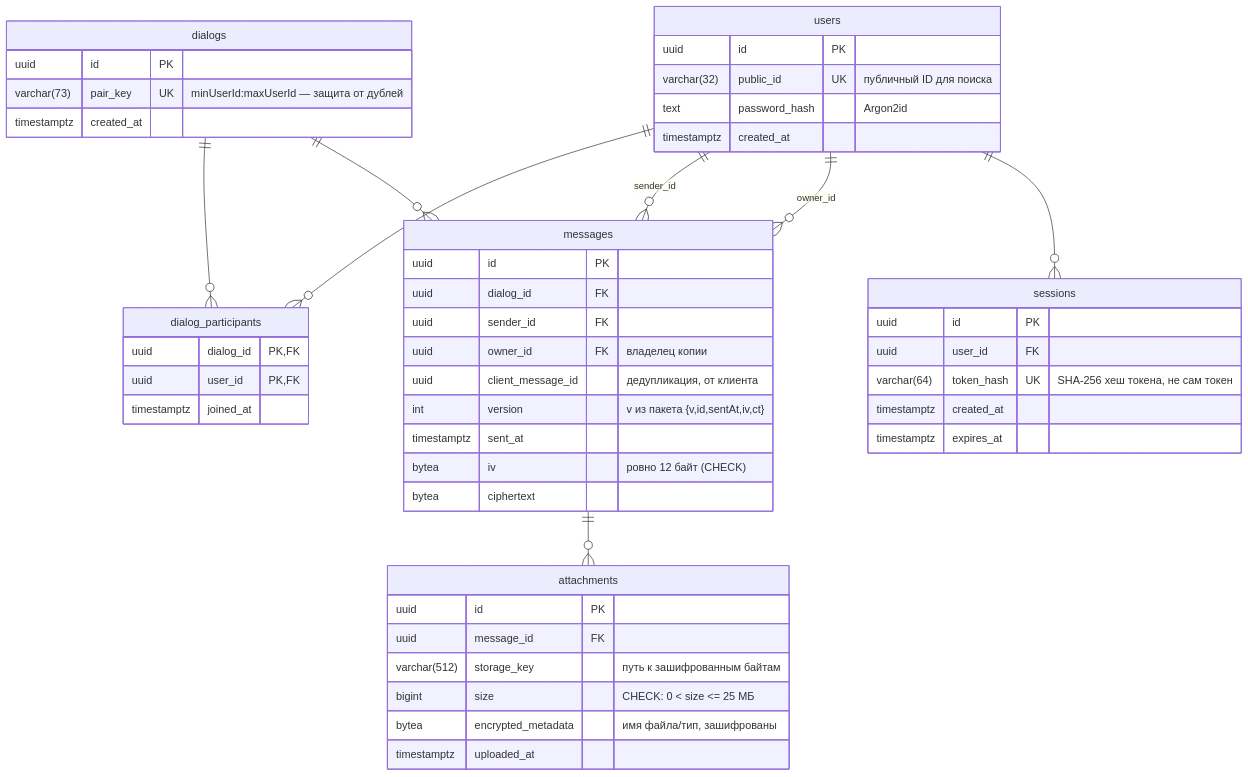
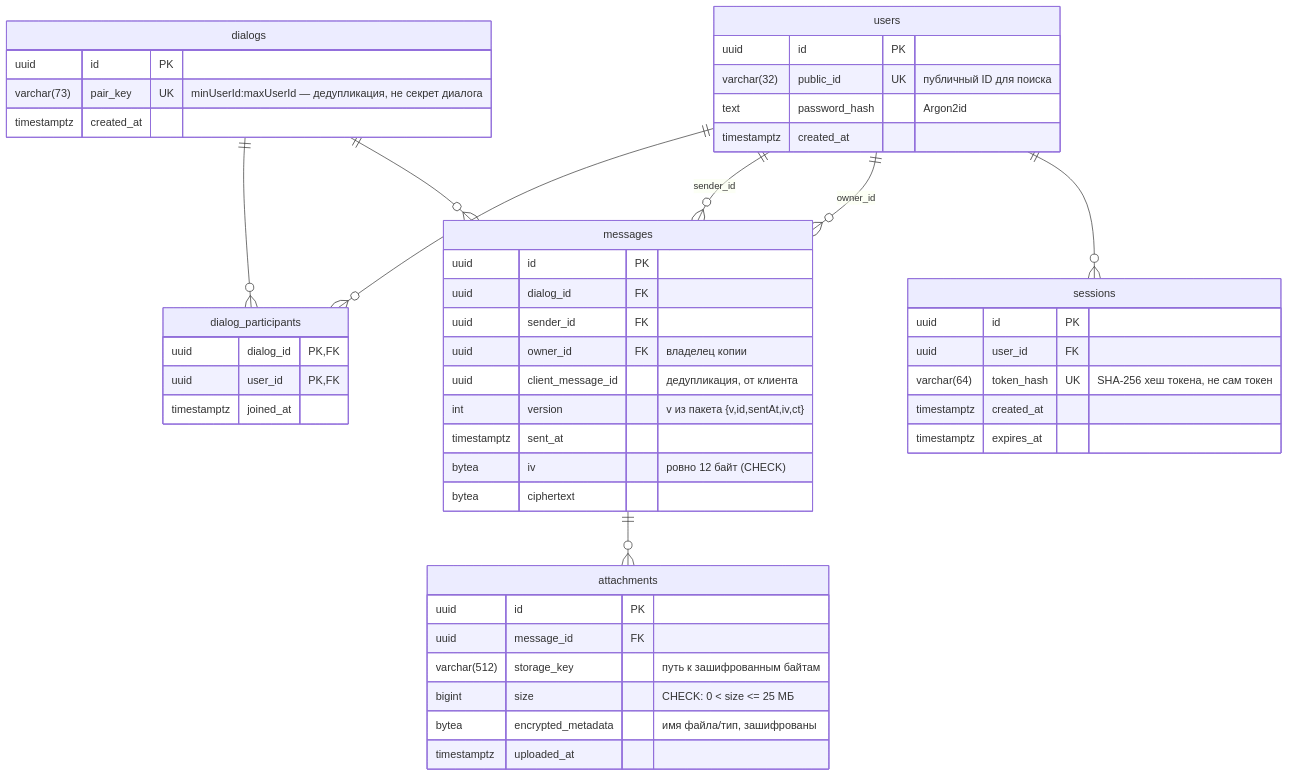
Before and after one commit to OutSiders-Techniki/messenger-backend: the diagram in docs/database.md, drawn with Mermaid. The commit also changed 12 other files, not shown here.

````diff
--- a/docs/database.md
+++ b/docs/database.md
@@ -8,58 +8,58 @@
 ```mermaid
 erDiagram
     users ||--o{ dialog_participants : ""
     dialogs ||--o{ dialog_participants : ""
     dialogs ||--o{ messages : ""
     users ||--o{ messages : "sender_id"
     users ||--o{ messages : "owner_id"
     messages ||--o{ attachments : ""
     users ||--o{ sessions : ""
 
     users {
         uuid id PK
         varchar(32) public_id UK "публичный ID для поиска"
         text password_hash "Argon2id"
         timestamptz created_at
     }
 
     sessions {
         uuid id PK
         uuid user_id FK
         varchar(64) token_hash UK "SHA-256 хеш токена, не сам токен"
         timestamptz created_at
         timestamptz expires_at
     }
 
     dialogs {
         uuid id PK
-        varchar(73) pair_key UK "minUserId:maxUserId — защита от дублей"
+        varchar(73) pair_key UK "minUserId:maxUserId — дедупликация, не секрет диалога"
         timestamptz created_at
     }
 
     dialog_participants {
         uuid dialog_id PK,FK
         uuid user_id PK,FK
         timestamptz joined_at
     }
 
     messages {
         uuid id PK
         uuid dialog_id FK
         uuid sender_id FK
         uuid owner_id FK "владелец копии"
         uuid client_message_id "дедупликация, от клиента"
         int version "v из пакета {v,id,sentAt,iv,ct}"
         timestamptz sent_at
         bytea iv "ровно 12 байт (CHECK)"
         bytea ciphertext
     }
 
     attachments {
         uuid id PK
         uuid message_id FK
         varchar(512) storage_key "путь к зашифрованным байтам"
         bigint size "CHECK: 0 < size <= 25 МБ"
         bytea encrypted_metadata "имя файла/тип, зашифрованы"
         timestamptz uploaded_at
     }
 ```
````
